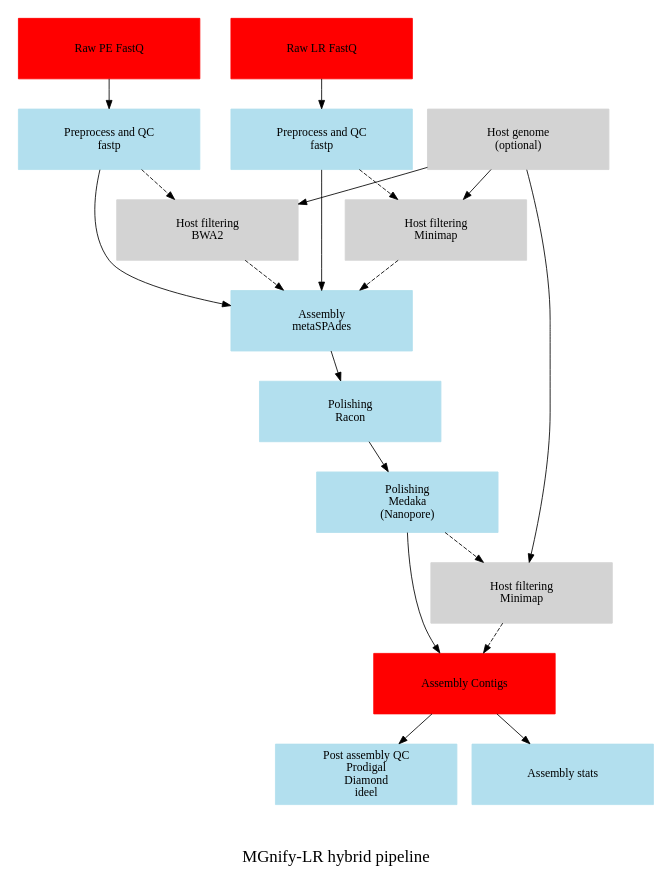
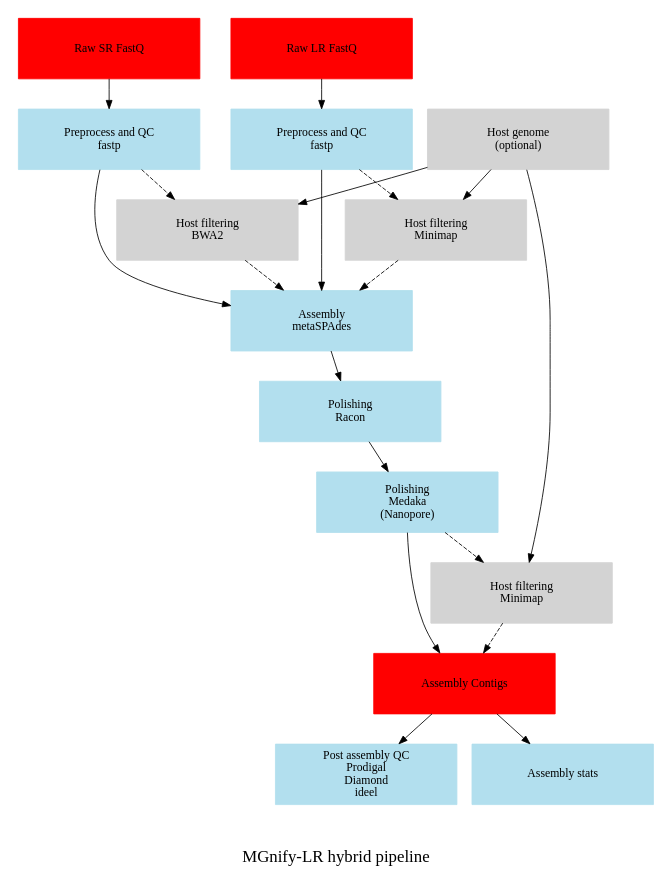
The diagram in cwl/graph/hybrid_assembly_simple.gv (EBI-Metagenomics/mgnify-lr), drawn with Graphviz before and after one commit. The commit also changed 1 other file, not shown here.

```diff
--- a/cwl/graph/hybrid_assembly_simple.gv
+++ b/cwl/graph/hybrid_assembly_simple.gv
@@ -1,74 +1,74 @@
 /* MGnify-LR pipeline (hybrid) graph (simple version) */
 digraph lrpipeline {
 	size="6,6";
 	
     node [color=lightblue2, style=filled, shape=box, fixedsize=true, height=1, width=3];
 
     input [label="Raw LR FastQ", color=red]
 
-    input2 [label="Raw PE FastQ", color=red]
+    input2 [label="Raw SR FastQ", color=red]
 
     genome [label="Host genome\n(optional)", color=lightgrey]
     
     preprocesslr [label="Preprocess and QC\nfastp"]
 
     preprocesssr [label="Preprocess and QC\nfastp"]
 
     hostfiltersr [label="Host filtering\nBWA2", color=lightgrey]
     
     hostfilterlr [label="Host filtering\nMinimap", color=lightgrey]
 
     assembly [label="Assembly\nmetaSPAdes"]
 
     polish1 [label="Polishing\nRacon"]
 
     polish2 [label="Polishing\nMedaka\n(Nanopore)"]
 
     hostfilter2 [label="Host filtering\nMinimap", color=lightgrey]
 
     output [label="Assembly Contigs", color=red]
 
     postqc [label="Post assembly QC\nProdigal\nDiamond\nideel"]
 
     stats [label="Assembly stats"]
 
     input -> preprocesslr
 
     input2 -> preprocesssr
 
     genome -> hostfilterlr
 
     genome -> hostfiltersr
 
     preprocesslr -> hostfilterlr [style=dashed]
 
     preprocesslr -> assembly
 
     preprocesssr -> hostfiltersr [style=dashed]
 
     preprocesssr -> assembly
 
     hostfilterlr -> assembly [style=dashed]
     
     hostfiltersr -> assembly [style=dashed]
 
     assembly -> polish1
 
     polish1 -> polish2
 
     polish2 -> output
 
     genome -> hostfilter2
 
     polish2 -> hostfilter2 [style=dashed]
 
     hostfilter2 -> output [style=dashed]
 
     output -> postqc
     
     output -> stats
 
     label = "\n\nMGnify-LR hybrid pipeline";
 	
     fontsize=20;
 }
```
